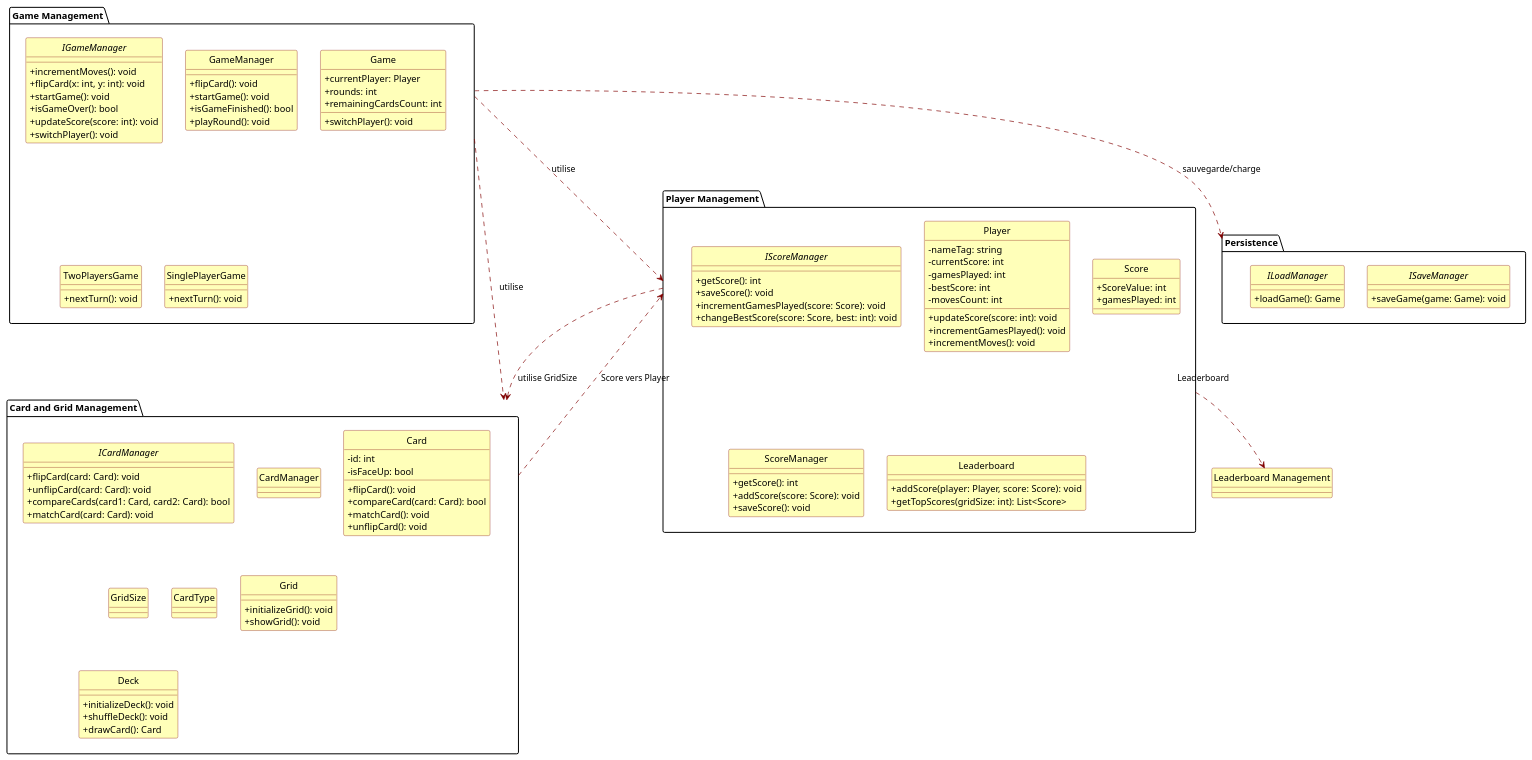
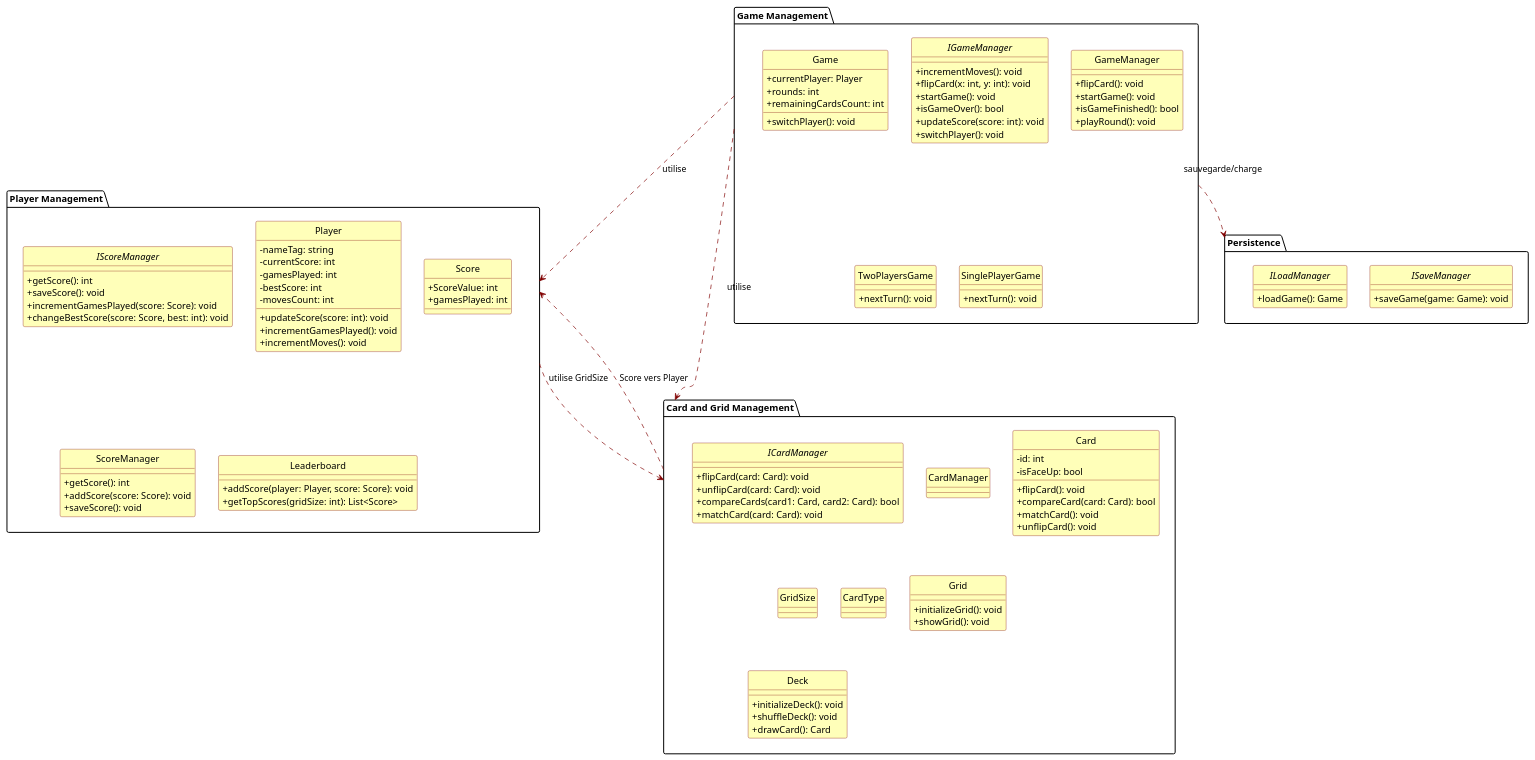
One commit to PosiTr0n505/Game-Memory changed the diagram in src/Docs/Diagrammes/paquetage.md. Above: the diagram before and after it, drawn with PlantUML.

Commit message:
Mise à jour de 'src/Docs/Diagrammes/paquetage.md'

````diff
--- a/src/Docs/Diagrammes/paquetage.md
+++ b/src/Docs/Diagrammes/paquetage.md
@@ -129,7 +129,6 @@
 "Game Management" ..> "Persistence" : sauvegarde/charge
 "Player Management" ..> "Card and Grid Management" : utilise GridSize
 "Card and Grid Management" ..> "Player Management" : Score vers Player
-"Player Management" ..> "Leaderboard Management" : Leaderboard
 
 @enduml
 ```
````
